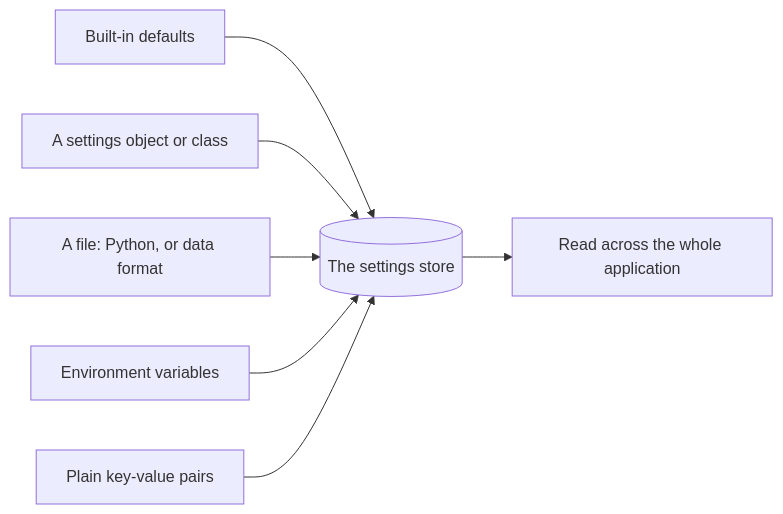
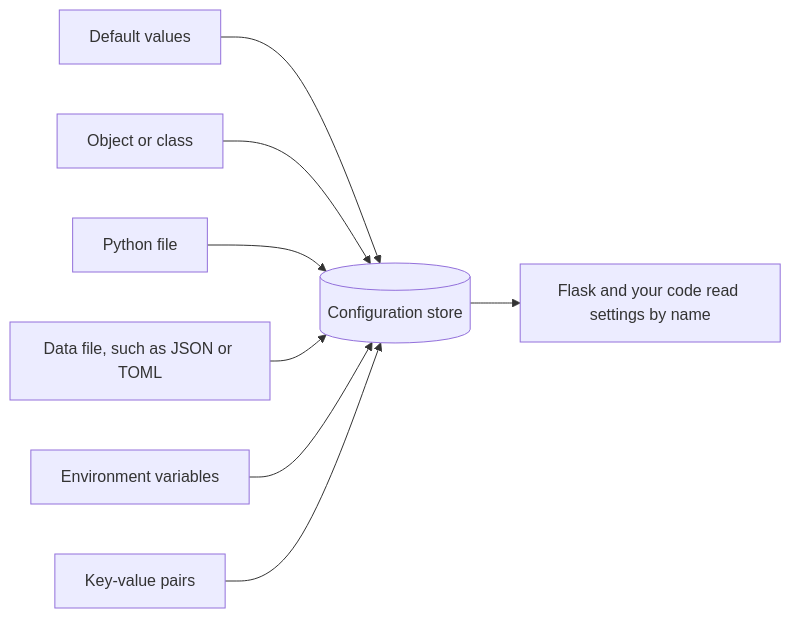
Before and after one commit to KeunwooPark/cluedoc: the first of 3 diagrams in docs/examples/flask/.cluedoc/configuration/README.md, drawn with Mermaid. The commit also changed other lines of this file and 22 other files, not shown here.

````diff
--- a/docs/examples/flask/.cluedoc/configuration/README.md
+++ b/docs/examples/flask/.cluedoc/configuration/README.md
@@ -9,9 +10,10 @@
 ```mermaid
 flowchart LR
-    D[Built-in defaults] --> CFG[(The settings store)]
-    OBJ[A settings object or class] --> CFG
-    FILE[A file: Python, or data format] --> CFG
-    ENV[Environment variables] --> CFG
-    MAP[Plain key-value pairs] --> CFG
-    CFG --> USE[Read across the whole application]
+    D["Default values"] --> CFG[("Configuration store")]
+    OBJ["Object or class"] --> CFG
+    PY["Python file"] --> CFG
+    FILE["Data file, such as JSON or TOML"] --> CFG
+    ENV["Environment variables"] --> CFG
+    MAP["Key-value pairs"] --> CFG
+    CFG --> USE["Flask and your code read settings by name"]
 ```
````
